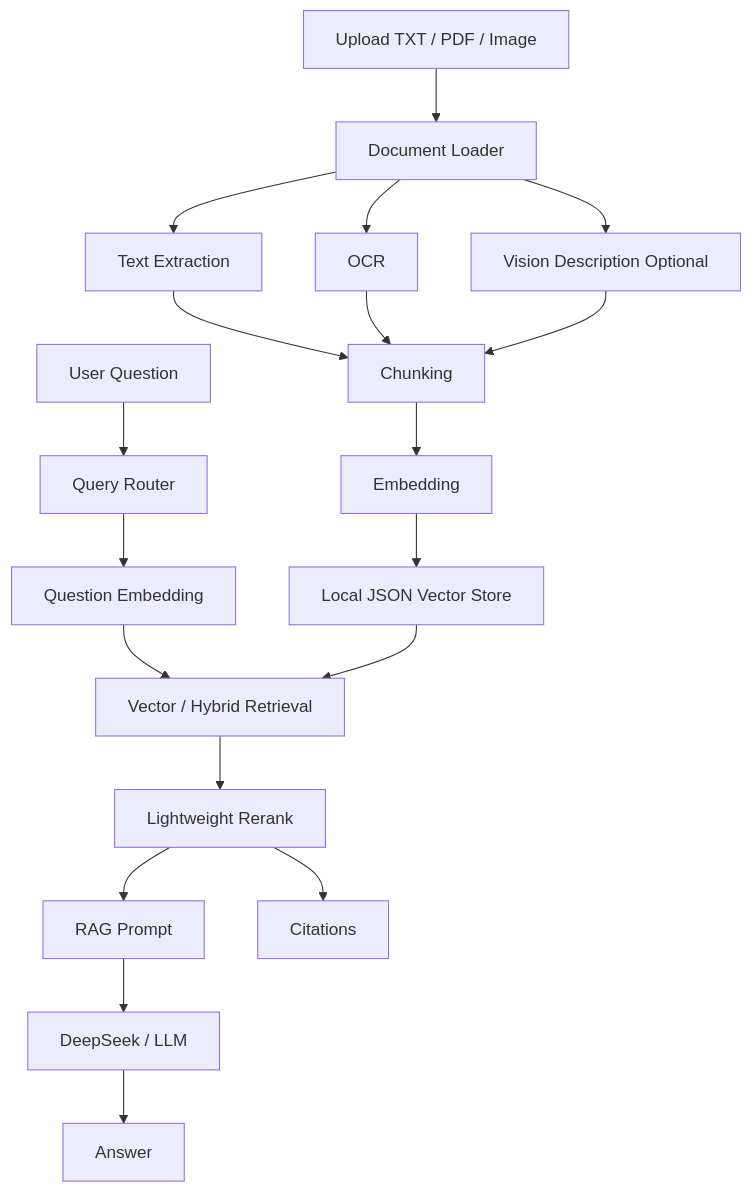
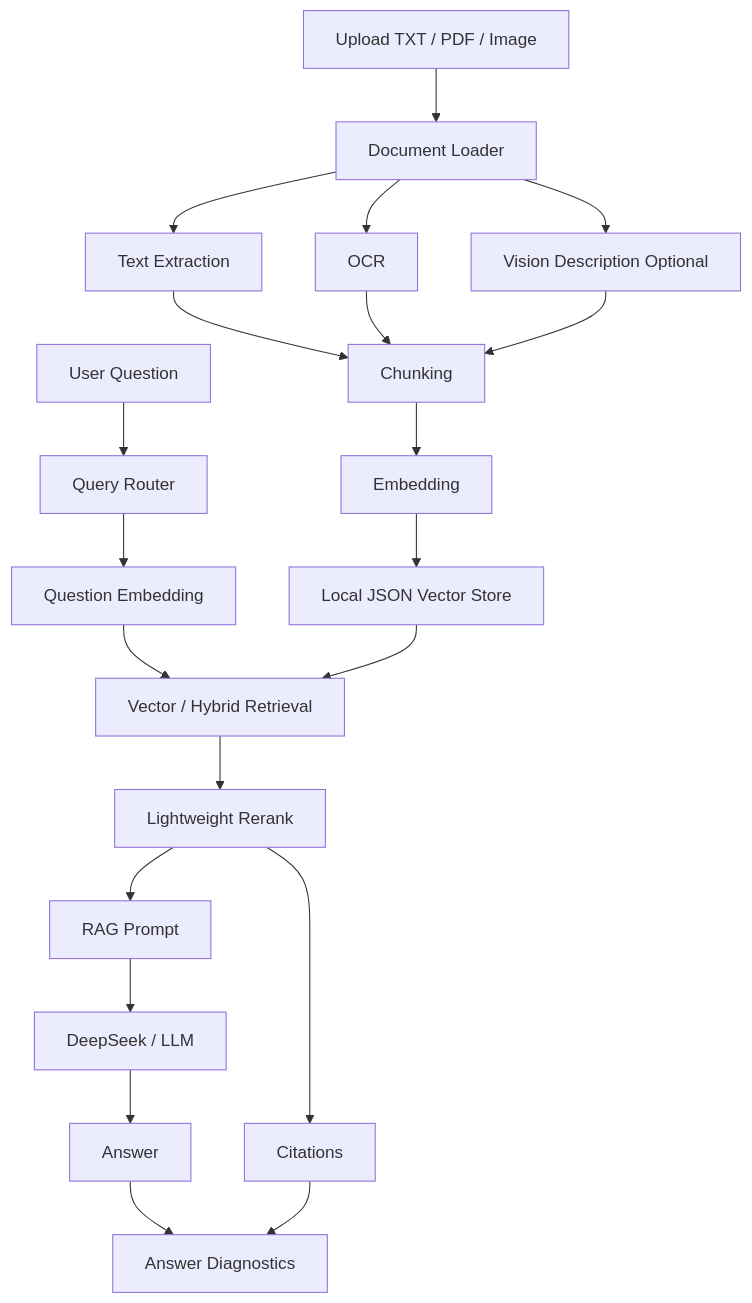
Before and after one commit to ljw826732773-png/multimodal-doc-rag: the diagram in docs/architecture.md, drawn with Mermaid. The commit also changed other lines of this file and 3 other files, not shown here.

Commit message:
Add answer diagnostics

````diff
--- a/docs/architecture.md
+++ b/docs/architecture.md
@@ -44,21 +47,23 @@
 ```mermaid
 flowchart TD
     A["Upload TXT / PDF / Image"] --> B["Document Loader"]
     B --> C["Text Extraction"]
     B --> D["OCR"]
     B --> E["Vision Description Optional"]
     C --> F["Chunking"]
     D --> F
     E --> F
     F --> G["Embedding"]
     G --> H["Local JSON Vector Store"]
     I["User Question"] --> Q["Query Router"]
     Q --> J["Question Embedding"]
     J --> K["Vector / Hybrid Retrieval"]
     H --> K
     K --> L["Lightweight Rerank"]
     L --> M["RAG Prompt"]
     M --> N["DeepSeek / LLM"]
     N --> O["Answer"]
     L --> P["Citations"]
+    O --> R["Answer Diagnostics"]
+    P --> R
 ```
````
